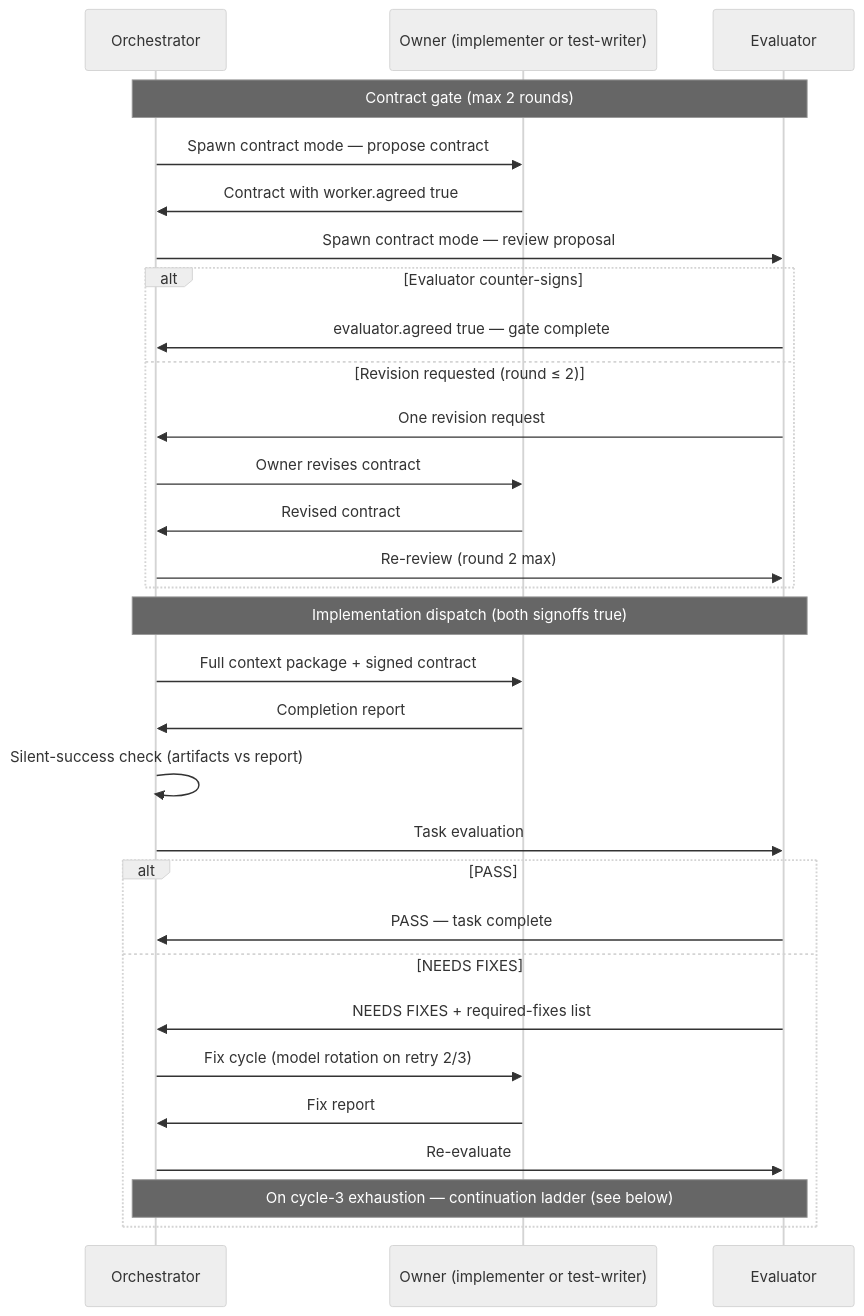
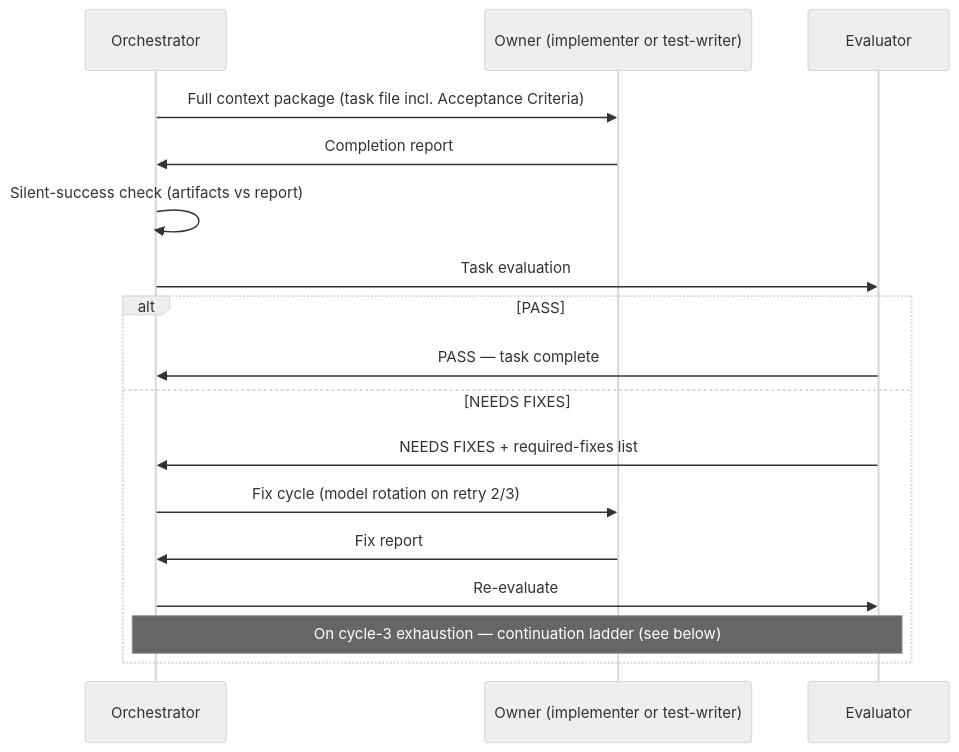
The second of 2 diagrams in docs/guide/feature-workflow.md (kdcllc/skills), drawn with Mermaid (neutral theme) before and after one commit. The commit also changed other lines of this file and 45 other files, not shown here.

````diff
--- a/docs/guide/feature-workflow.md
+++ b/docs/guide/feature-workflow.md
@@ -83,34 +83,20 @@
 ```mermaid
 sequenceDiagram
     participant O as Orchestrator
     participant W as Owner (implementer or test-writer)
     participant E as Evaluator
 
-    Note over O,E: Contract gate (max 2 rounds)
-    O->>W: Spawn contract mode — propose contract
-    W->>O: Contract with worker.agreed true
-    O->>E: Spawn contract mode — review proposal
-    alt Evaluator counter-signs
-        E->>O: evaluator.agreed true — gate complete
-    else Revision requested (round ≤ 2)
-        E->>O: One revision request
-        O->>W: Owner revises contract
-        W->>O: Revised contract
-        O->>E: Re-review (round 2 max)
-    end
-
-    Note over O,E: Implementation dispatch (both signoffs true)
-    O->>W: Full context package + signed contract
+    O->>W: Full context package (task file incl. Acceptance Criteria)
     W->>O: Completion report
     O->>O: Silent-success check (artifacts vs report)
     O->>E: Task evaluation
     alt PASS
         E->>O: PASS — task complete
     else NEEDS FIXES
         E->>O: NEEDS FIXES + required-fixes list
         O->>W: Fix cycle (model rotation on retry 2/3)
         W->>O: Fix report
         O->>E: Re-evaluate
         Note over O,E: On cycle-3 exhaustion — continuation ladder (see below)
     end
 ```
````
